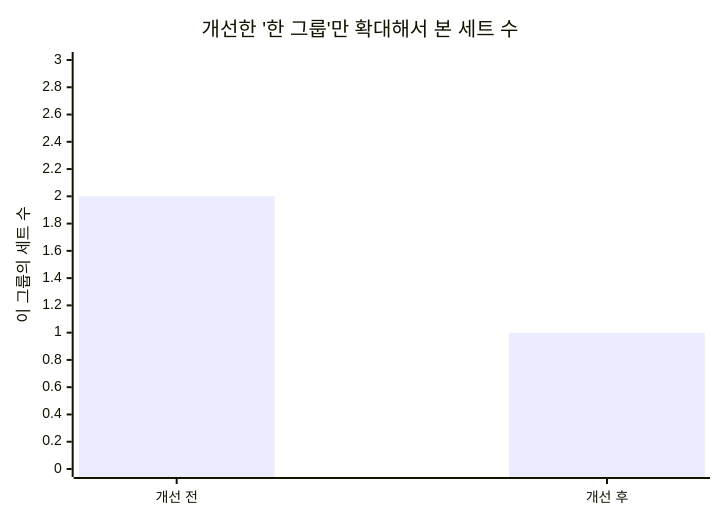
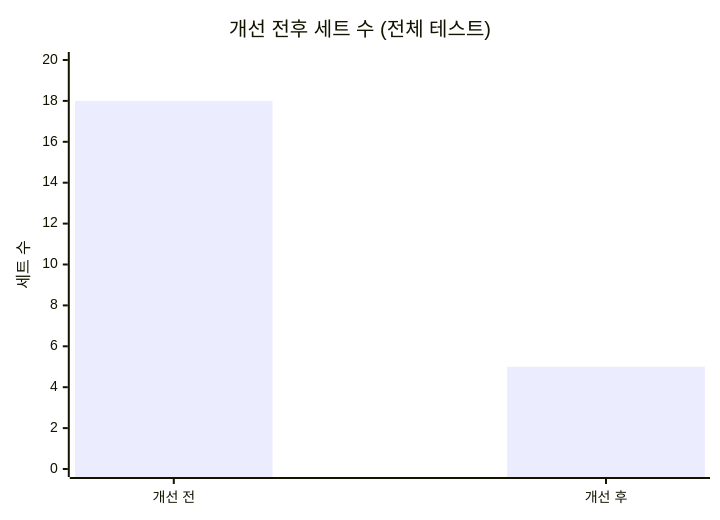
The sixth of 6 diagrams in blog/2026-08-03-spring-datajpatest-context-oom.mdx (johnycho/johny-dev), drawn with Mermaid before and after one commit. The commit also changed other lines of this file and 2 other files, not shown here.

````diff
--- a/blog/2026-08-03-spring-datajpatest-context-oom.mdx
+++ b/blog/2026-08-03-spring-datajpatest-context-oom.mdx
@@ -255,7 +248,7 @@
 ```mermaid
 xychart-beta
-    title "개선한 '한 그룹'만 확대해서 본 세트 수"
+    title "개선 전후 세트 수 (전체 테스트)"
     x-axis ["개선 전","개선 후"]
-    y-axis "이 그룹의 세트 수" 0 --> 3
-    bar [2, 1]
+    y-axis "세트 수" 0 --> 20
+    bar [18, 5]
 ```
````
